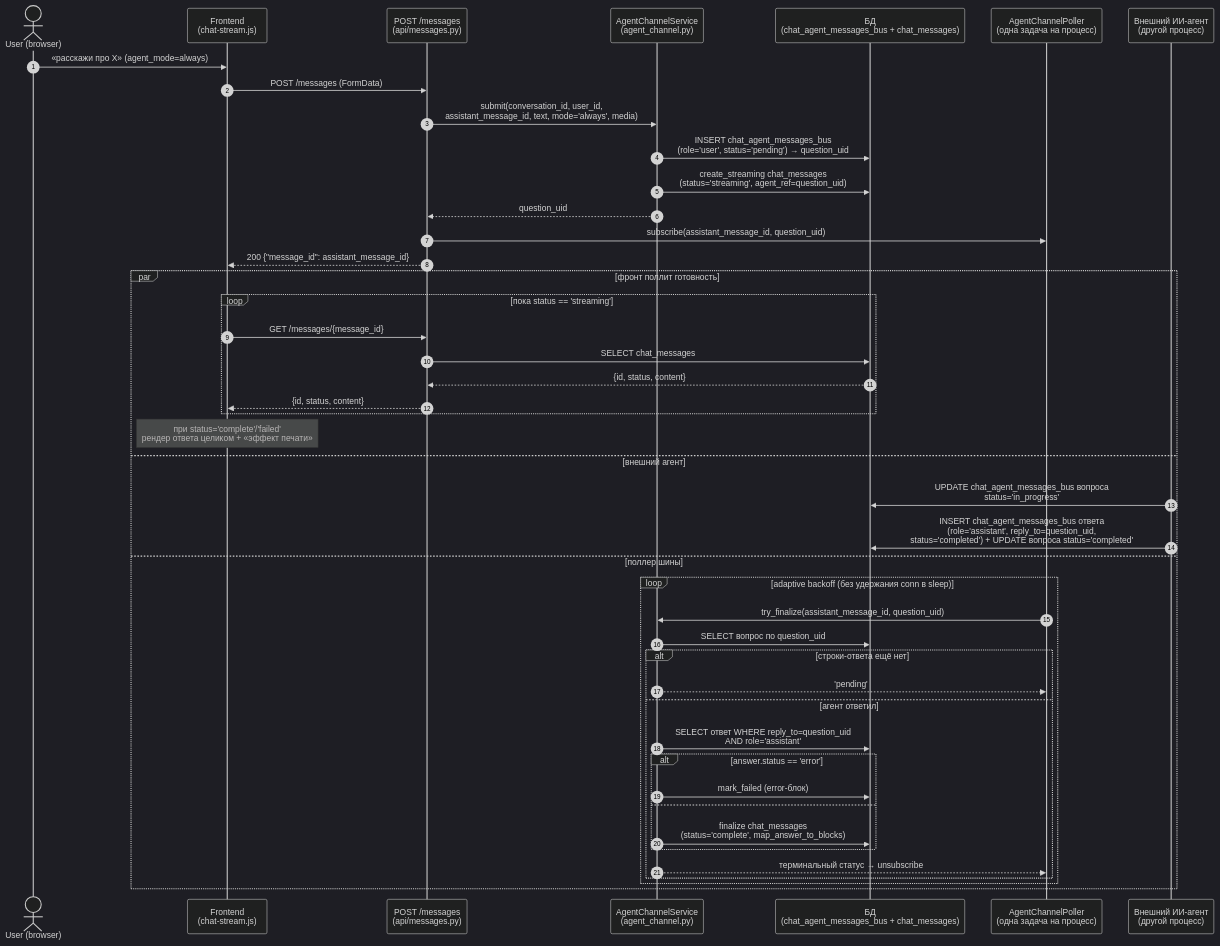
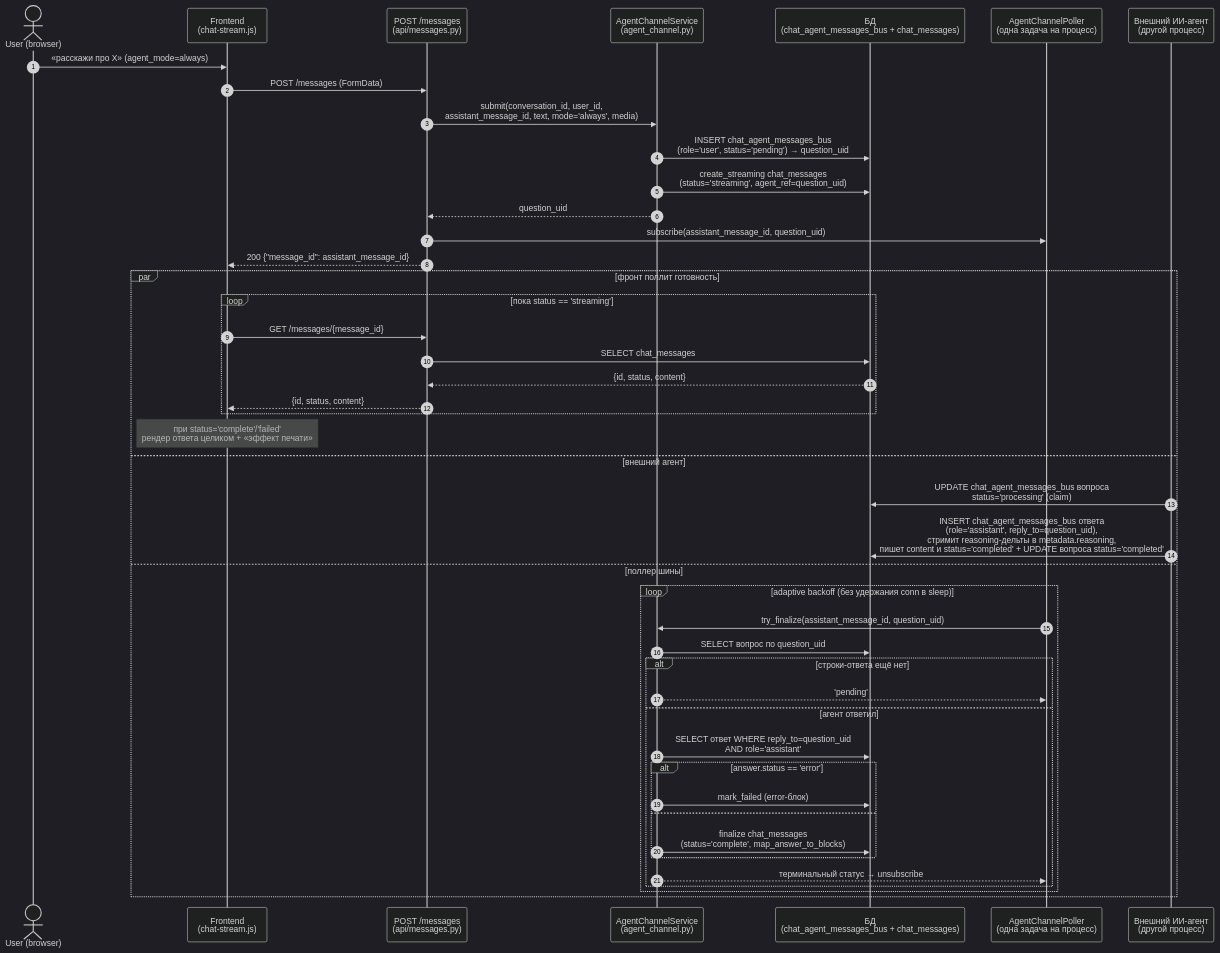
One commit to mr-Dees/Act-Constructor changed the first of 2 diagrams in docs/architecture/agent-channel-sequence.md. Above: the diagram before and after it, drawn with Mermaid (dark theme). The commit also changed other lines of this file and 17 other files, not shown here.

Commit message:
Синхронизация канала агента с подтверждённой спекой владельца шины: статусы processing/failed, рассуждения в metadata.reasoning, CHECK'и в dev-имитации

````diff
--- a/docs/architecture/agent-channel-sequence.md
+++ b/docs/architecture/agent-channel-sequence.md
@@ -47,49 +49,49 @@
 ```mermaid
 sequenceDiagram
     autonumber
     actor U as User (browser)
     participant F as Frontend<br/>(chat-stream.js)
     participant API as POST /messages<br/>(api/messages.py)
     participant CS as AgentChannelService<br/>(agent_channel.py)
     participant DB as БД<br/>(chat_agent_messages_bus + chat_messages)
     participant POLL as AgentChannelPoller<br/>(одна задача на процесс)
     participant EXT as Внешний ИИ-агент<br/>(другой процесс)
 
     U->>F: «расскажи про X» (agent_mode=always)
     F->>API: POST /messages (FormData)
     API->>CS: submit(conversation_id, user_id,<br/>assistant_message_id, text, mode='always', media)
     CS->>DB: INSERT chat_agent_messages_bus<br/>(role='user', status='pending') → question_uid
     CS->>DB: create_streaming chat_messages<br/>(status='streaming', agent_ref=question_uid)
     CS-->>API: question_uid
     API->>POLL: subscribe(assistant_message_id, question_uid)
     API-->>F: 200 {"message_id": assistant_message_id}
 
     par фронт поллит готовность
         loop пока status == 'streaming'
             F->>API: GET /messages/{message_id}
             API->>DB: SELECT chat_messages
             DB-->>API: {id, status, content}
             API-->>F: {id, status, content}
         end
         Note over F: при status='complete'/'failed'<br/>рендер ответа целиком + «эффект печати»
     and внешний агент
-        EXT->>DB: UPDATE chat_agent_messages_bus вопроса<br/>status='in_progress'
-        EXT->>DB: INSERT chat_agent_messages_bus ответа<br/>(role='assistant', reply_to=question_uid,<br/>status='completed') + UPDATE вопроса status='completed'
+        EXT->>DB: UPDATE chat_agent_messages_bus вопроса<br/>status='processing' (claim)
+        EXT->>DB: INSERT chat_agent_messages_bus ответа<br/>(role='assistant', reply_to=question_uid),<br/>стримит reasoning-дельты в metadata.reasoning,<br/>пишет content и status='completed' + UPDATE вопроса status='completed'
     and поллер шины
         loop adaptive backoff (без удержания conn в sleep)
             POLL->>CS: try_finalize(assistant_message_id, question_uid)
             CS->>DB: SELECT вопрос по question_uid
             alt строки-ответа ещё нет
                 CS-->>POLL: 'pending'
             else агент ответил
                 CS->>DB: SELECT ответ WHERE reply_to=question_uid<br/>AND role='assistant'
                 alt answer.status == 'error'
                     CS->>DB: mark_failed (error-блок)
                 else
                     CS->>DB: finalize chat_messages<br/>(status='complete', map_answer_to_blocks)
                 end
                 CS-->>POLL: терминальный статус → unsubscribe
             end
         end
     end
 ```
````
